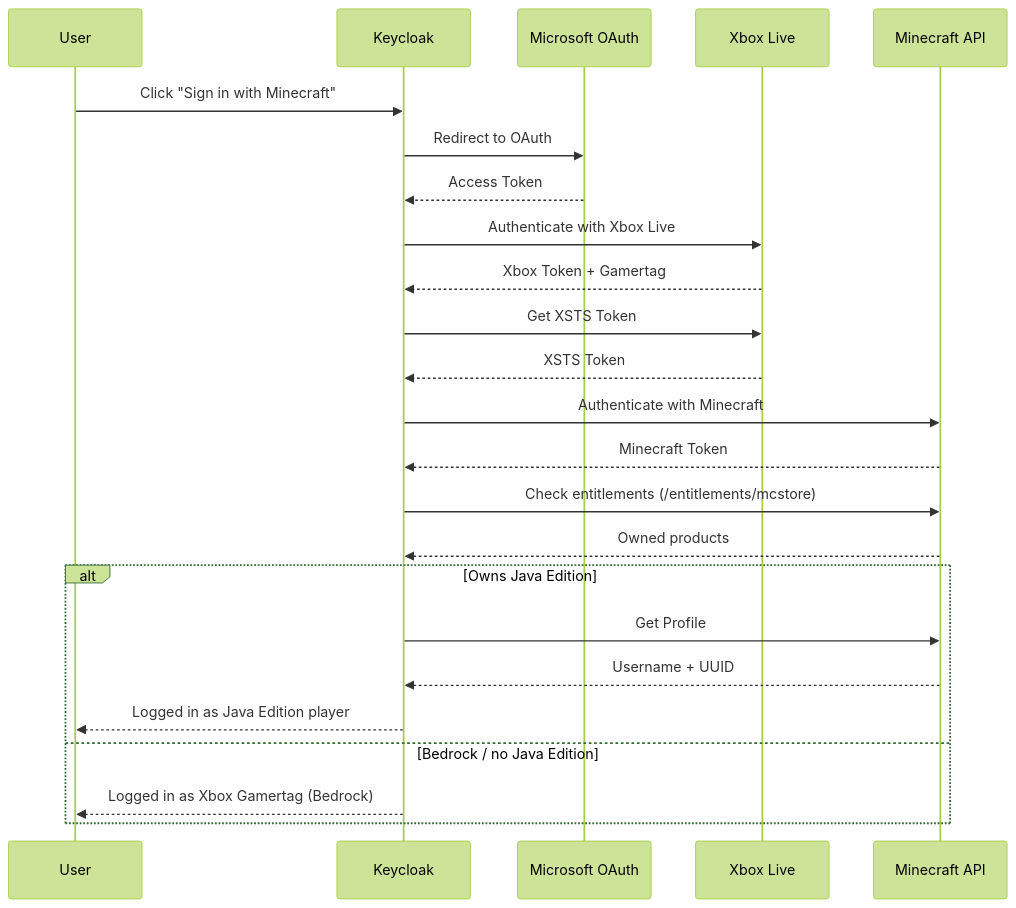
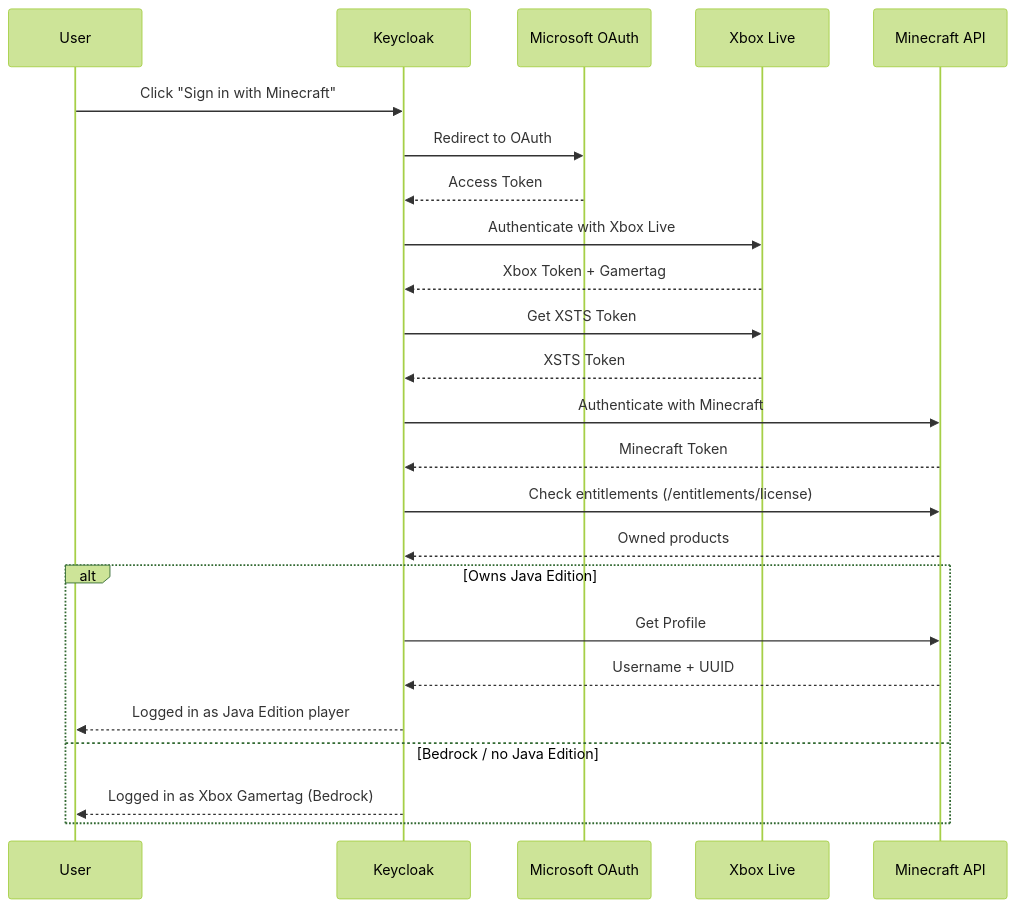
The diagram in README.md (groundsgg/keycloak-minecraft-idp), drawn with Mermaid (forest theme) before and after one commit. The commit also changed other lines of this file and 2 other files, not shown here.

Commit message:
feat: improve data schema

````diff
--- a/README.md
+++ b/README.md
@@ -43,27 +43,27 @@
 ```mermaid
 sequenceDiagram
     participant User
     participant Keycloak
     participant Microsoft as Microsoft OAuth
     participant Xbox as Xbox Live
     participant MC as Minecraft API
 
     User->>Keycloak: Click "Sign in with Minecraft"
     Keycloak->>Microsoft: Redirect to OAuth
     Microsoft-->>Keycloak: Access Token
     Keycloak->>Xbox: Authenticate with Xbox Live
     Xbox-->>Keycloak: Xbox Token + Gamertag
     Keycloak->>Xbox: Get XSTS Token
     Xbox-->>Keycloak: XSTS Token
     Keycloak->>MC: Authenticate with Minecraft
     MC-->>Keycloak: Minecraft Token
-    Keycloak->>MC: Check entitlements (/entitlements/mcstore)
+    Keycloak->>MC: Check entitlements (/entitlements/license)
     MC-->>Keycloak: Owned products
     alt Owns Java Edition
         Keycloak->>MC: Get Profile
         MC-->>Keycloak: Username + UUID
         Keycloak-->>User: Logged in as Java Edition player
     else Bedrock / no Java Edition
         Keycloak-->>User: Logged in as Xbox Gamertag (Bedrock)
     end
 ```
````
